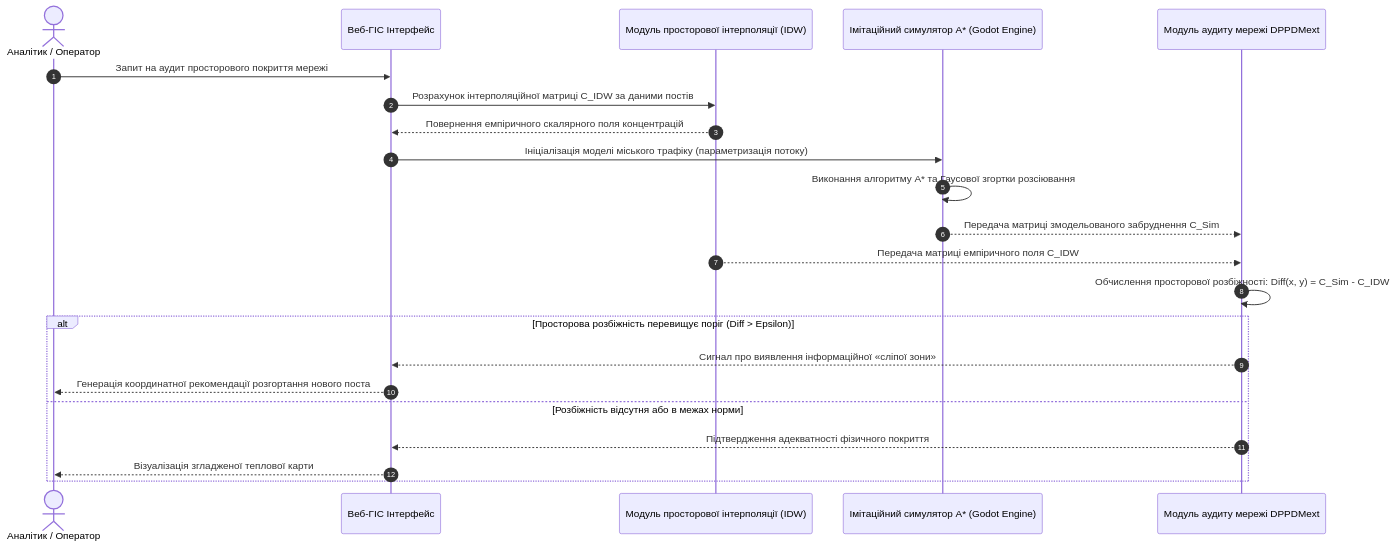
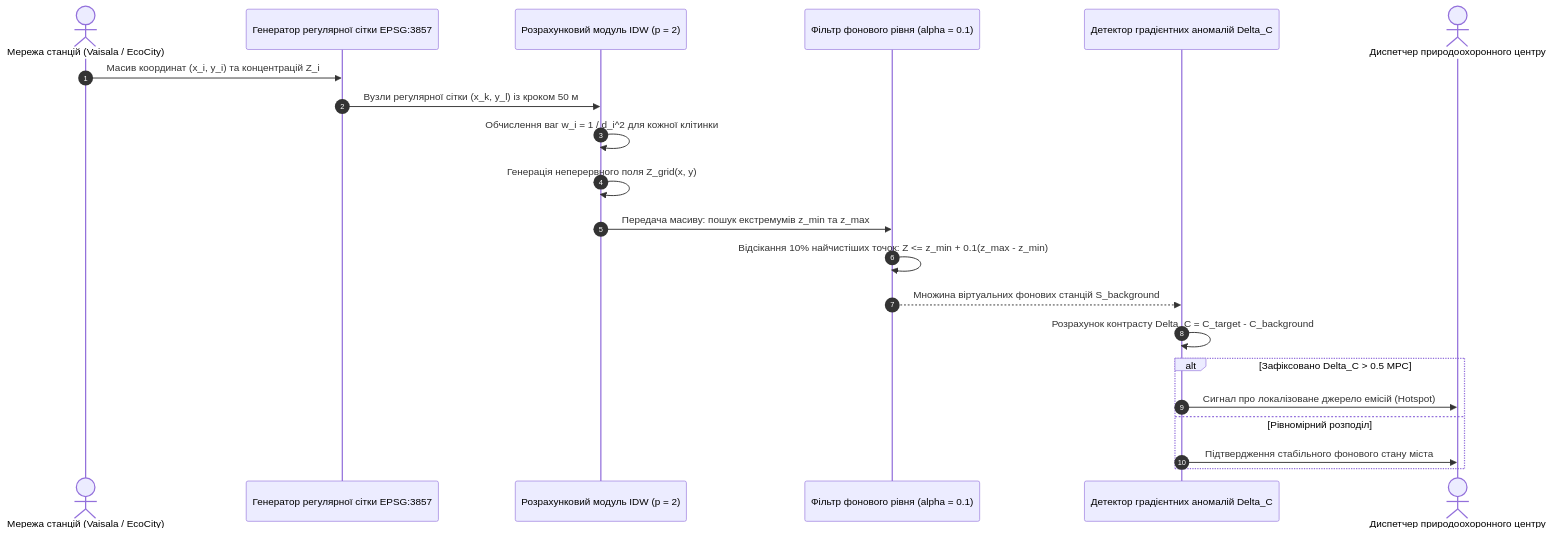
Before and after one commit to KyryloVadurin/eco-systems-analytics: the third of 4 diagrams in docs/lk/lk7.md, drawn with Mermaid. The commit also changed other lines of this file and 9 other files, not shown here.

````diff
--- a/docs/lk/lk7.md
+++ b/docs/lk/lk7.md
@@ -268,25 +221,24 @@
 ```mermaid
 sequenceDiagram
     autonumber
-    actor Analyst as Аналітик / Оператор
-    participant GIS as Веб-ГІС Інтерфейс
-    participant IDW as Модуль просторової інтерполяції (IDW)
-    participant Sim as Імітаційний симулятор A* (Godot Engine)
-    participant Core as Модуль аудиту мережі DPPDMext
+    actor SensorNet as Мережа станцій (Vaisala / EcoCity)
+    participant GridGen as Генератор регулярної сітки EPSG:3857
+    participant IDWEngine as Розрахунковий модуль IDW (p = 2)
+    participant AlphaFilter as Фільтр фонового рівня (alpha = 0.1)
+    participant GradientDetector as Детектор градієнтних аномалій Delta_C
+    actor Inspector as Диспетчер природоохоронного центру
 
-    Analyst->>GIS: Запит на аудит просторового покриття мережі
-    GIS->>IDW: Розрахунок інтерполяційної матриці C_IDW за даними постів
-    IDW-->>GIS: Повернення емпіричного скалярного поля концентрацій
-    GIS->>Sim: Ініціалізація моделі міського трафіку (параметризація потоку)
-    Sim->>Sim: Виконання алгоритму A* та Гаусової згортки розсіювання
-    Sim-->>Core: Передача матриці змодельованого забруднення C_Sim
-    IDW-->>Core: Передача матриці емпіричного поля C_IDW
-    Core->>Core: Обчислення просторової розбіжності: Diff(x, y) = C_Sim - C_IDW
-    alt Просторова розбіжність перевищує поріг (Diff > Epsilon)
-        Core-->>GIS: Сигнал про виявлення інформаційної «сліпої зони»
-        GIS-->>Analyst: Генерація координатної рекомендації розгортання нового поста
-    else Розбіжність відсутня або в межах норми
-        Core-->>GIS: Підтвердження адекватності фізичного покриття
-        GIS-->>Analyst: Візуалізація згладженої теплової карти
+    SensorNet->>GridGen: Масив координат (x_i, y_i) та концентрацій Z_i
+    GridGen->>IDWEngine: Вузли регулярної сітки (x_k, y_l) із кроком 50 м
+    IDWEngine->>IDWEngine: Обчислення ваг w_i = 1 / d_i^2 для кожної клітинки
+    IDWEngine->>IDWEngine: Генерація неперервного поля Z_grid(x, y)
+    IDWEngine->>AlphaFilter: Передача масиву: пошук екстремумів z_min та z_max
+    AlphaFilter->>AlphaFilter: Відсікання 10% найчистіших точок: Z <= z_min + 0.1(z_max - z_min)
+    AlphaFilter-->>GradientDetector: Множина віртуальних фонових станцій S_background
+    GradientDetector->>GradientDetector: Розрахунок контрасту Delta_C = C_target - C_background
+    alt Зафіксовано Delta_C > 0.5 MPC
+        GradientDetector->>Inspector: Сигнал про локалізоване джерело емісій (Hotspot)
+    else Рівномірний розподіл
+        GradientDetector->>Inspector: Підтвердження стабільного фонового стану міста
     end
 ```
````
